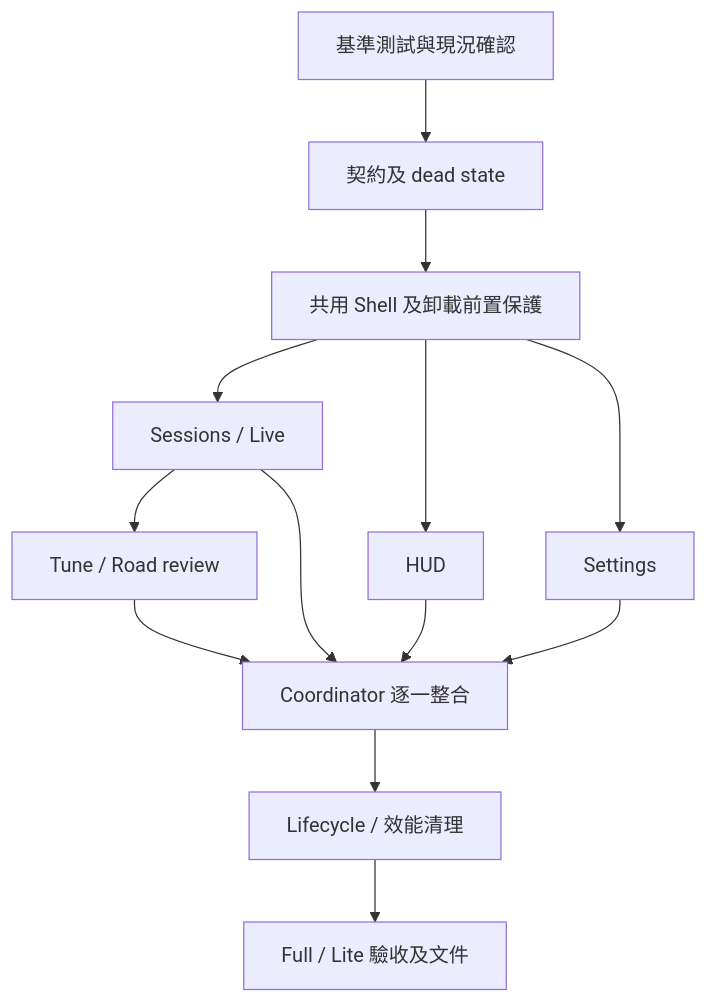
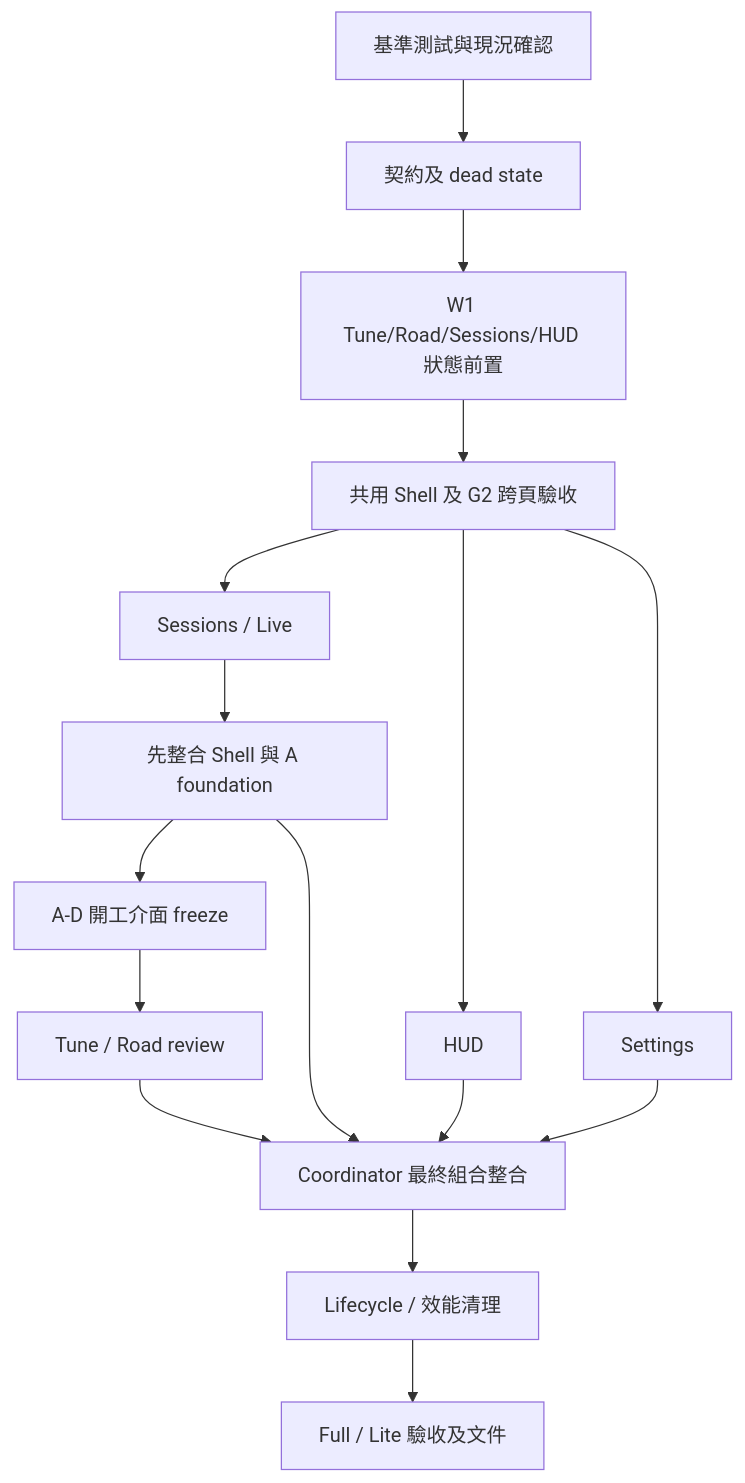
Before and after one commit to eddie772tw/FH6-HorizonTuner: the diagram in docs/frontend/ia-refactor-20260913/README.md, drawn with Mermaid. The commit also changed other lines of this file and 9 other files, not shown here.

````diff
--- a/docs/frontend/ia-refactor-20260913/README.md
+++ b/docs/frontend/ia-refactor-20260913/README.md
@@ -110,15 +115,18 @@
 ```mermaid
 flowchart TD
   G0[基準測試與現況確認] --> P1[契約及 dead state]
-  P1 --> P2[共用 Shell 及卸載前置保護]
+  P1 --> S[W1 Tune/Road/Sessions/HUD 狀態前置]
+  S --> P2[共用 Shell 及 G2 跨頁驗收]
   P2 --> A[Sessions / Live]
   P2 --> B[HUD]
   P2 --> C[Settings]
-  A --> D[Tune / Road review]
-  A --> I[Coordinator 逐一整合]
+  A --> AF[先整合 Shell 與 A foundation]
+  AF --> F[A-D 開工介面 freeze]
+  F --> D[Tune / Road review]
+  AF --> I[Coordinator 最終組合整合]
   B --> I
   C --> I
   D --> I
   I --> P7[Lifecycle / 效能清理]
   P7 --> P8[Full / Lite 驗收及文件]
 ```
````
